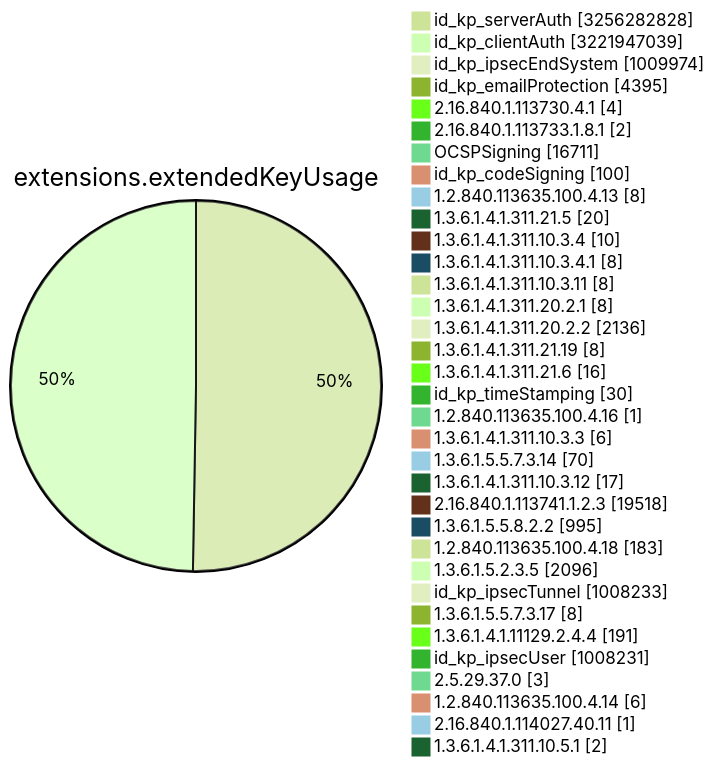
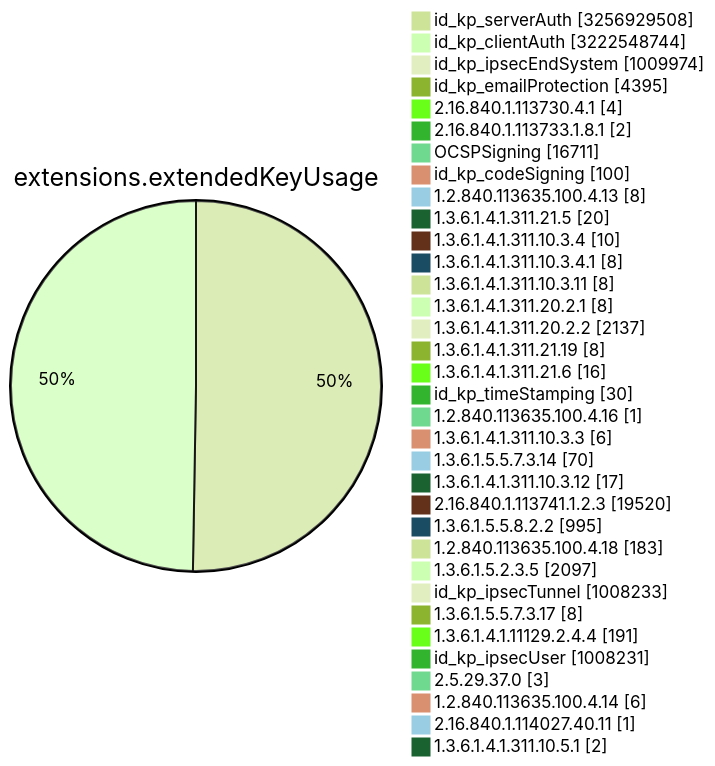
One commit to christiankrug/ctmonitor_visualization changed diagram 11 of 15 in TOTAL/README.md. Above: the diagram before and after it, drawn with Mermaid (forest theme). The commit also changed other lines of this file, not shown here.

````diff
--- a/TOTAL/README.md
+++ b/TOTAL/README.md
@@ -4119,38 +4119,38 @@
 ```mermaid
 pie showData
 title extensions.extendedKeyUsage
-"id_kp_serverAuth" :3256282828
-"id_kp_clientAuth" :3221947039
+"id_kp_serverAuth" :3256929508
+"id_kp_clientAuth" :3222548744
 "id_kp_ipsecEndSystem" :1009974
 "id_kp_emailProtection" :4395
 "2.16.840.1.113730.4.1" :4
 "2.16.840.1.113733.1.8.1" :2
 "OCSPSigning" :16711
 "id_kp_codeSigning" :100
 "1.2.840.113635.100.4.13" :8
 "1.3.6.1.4.1.311.21.5" :20
 "1.3.6.1.4.1.311.10.3.4" :10
 "1.3.6.1.4.1.311.10.3.4.1" :8
 "1.3.6.1.4.1.311.10.3.11" :8
 "1.3.6.1.4.1.311.20.2.1" :8
-"1.3.6.1.4.1.311.20.2.2" :2136
+"1.3.6.1.4.1.311.20.2.2" :2137
 "1.3.6.1.4.1.311.21.19" :8
 "1.3.6.1.4.1.311.21.6" :16
 "id_kp_timeStamping" :30
 "1.2.840.113635.100.4.16" :1
 "1.3.6.1.4.1.311.10.3.3" :6
 "1.3.6.1.5.5.7.3.14" :70
 "1.3.6.1.4.1.311.10.3.12" :17
-"2.16.840.1.113741.1.2.3" :19518
+"2.16.840.1.113741.1.2.3" :19520
 "1.3.6.1.5.5.8.2.2" :995
 "1.2.840.113635.100.4.18" :183
-"1.3.6.1.5.2.3.5" :2096
+"1.3.6.1.5.2.3.5" :2097
 "id_kp_ipsecTunnel" :1008233
 "1.3.6.1.5.5.7.3.17" :8
 "1.3.6.1.4.1.11129.2.4.4" :191
 "id_kp_ipsecUser" :1008231
 "2.5.29.37.0" :3
 "1.2.840.113635.100.4.14" :6
 "2.16.840.1.114027.40.11" :1
 "1.3.6.1.4.1.311.10.5.1" :2
 ```
````
